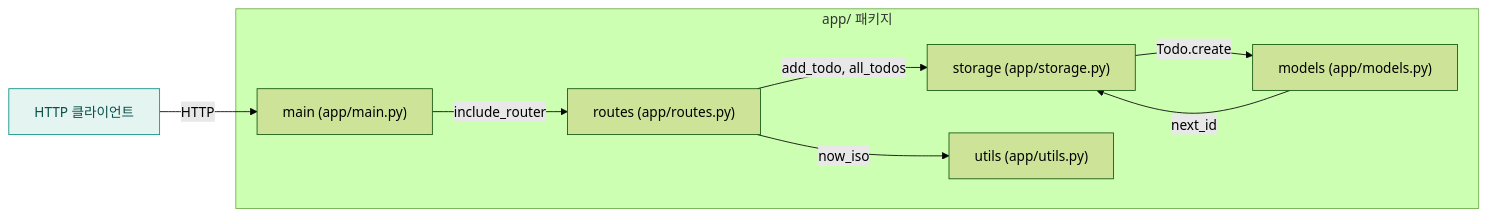
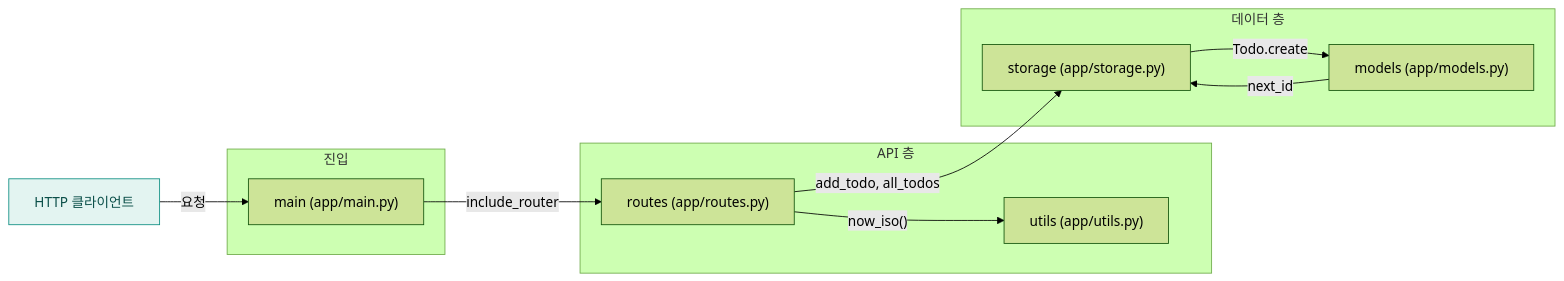
One commit to hxxnn/codemap changed the third of 3 diagrams in examples/python-todo-api/docs/codemap/architecture.md. Above: the diagram before and after it, drawn with Mermaid (forest theme). The commit also changed other lines of this file and 45 other files, not shown here.

````diff
--- a/examples/python-todo-api/docs/codemap/architecture.md
+++ b/examples/python-todo-api/docs/codemap/architecture.md
@@ -45,18 +44,22 @@
 ```mermaid
 flowchart LR
-  user["HTTP 클라이언트"]:::external
-  subgraph app["app/ 패키지"]
+  n0["HTTP 클라이언트"]:::external
+  subgraph entry["진입"]
     main["main (app/main.py)"]
+  end
+  subgraph api["API 층"]
     routes["routes (app/routes.py)"]
-    models["models (app/models.py)"]
-    storage["storage (app/storage.py)"]
     utils["utils (app/utils.py)"]
   end
-  user -->|"HTTP"| main
+  subgraph data["데이터 층"]
+    storage["storage (app/storage.py)"]
+    models["models (app/models.py)"]
+  end
+  n0 -->|"요청"| main
   main -->|"include_router"| routes
+  routes -->|"now_iso()"| utils
   routes -->|"add_todo, all_todos"| storage
-  routes -->|"now_iso"| utils
   storage -->|"Todo.create"| models
   models -->|"next_id"| storage
   classDef external fill:#E3F4F1,stroke:#0E8F83,color:#0B4F49
 ```
````
